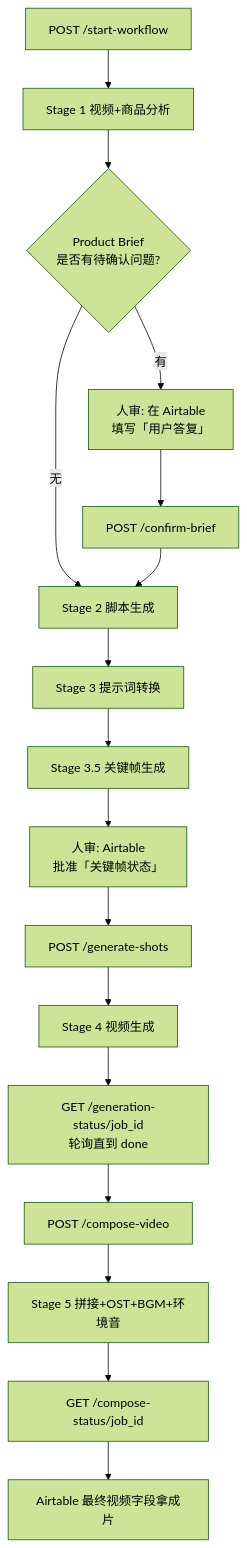
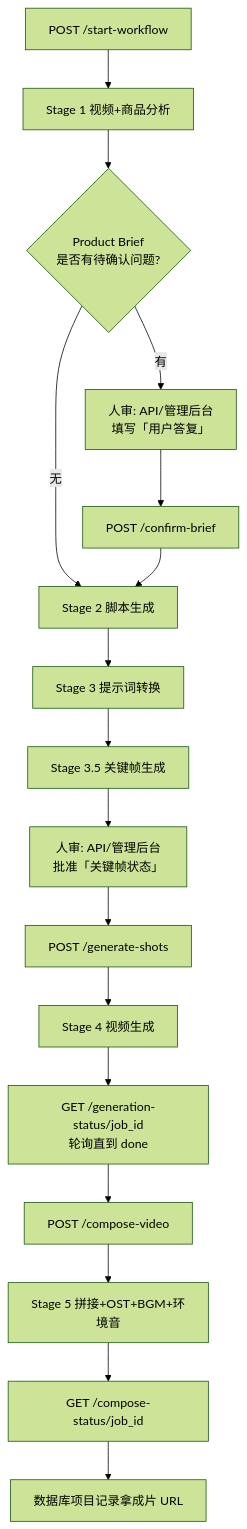
One commit to DRPris/AI-Powered-Semantic-Replication-Video-Workflow-for-E-Commerce changed the diagram in README.md. Above: the diagram before and after it, drawn with Mermaid (forest theme). The commit also changed other lines of this file and 14 other files, not shown here.

````diff
--- a/README.md
+++ b/README.md
@@ -148,19 +155,19 @@
 ```mermaid
 graph TB
     A[POST /start-workflow] --> B[Stage 1 视频+商品分析]
     B --> C{Product Brief<br/>是否有待确认问题?}
-    C -->|有| D[人审: 在 Airtable<br/>填写「用户答复」]
+    C -->|有| D[人审: API/管理后台<br/>填写「用户答复」]
     D --> E[POST /confirm-brief]
     C -->|无| F[Stage 2 脚本生成]
     E --> F
     F --> G[Stage 3 提示词转换]
     G --> H[Stage 3.5 关键帧生成]
-    H --> I[人审: Airtable<br/>批准「关键帧状态」]
+    H --> I[人审: API/管理后台<br/>批准「关键帧状态」]
     I --> J[POST /generate-shots]
     J --> K[Stage 4 视频生成]
     K --> L[GET /generation-status/job_id<br/>轮询直到 done]
     L --> M[POST /compose-video]
     M --> N[Stage 5 拼接+OST+BGM+环境音]
     N --> O[GET /compose-status/job_id]
-    O --> P[Airtable 最终视频字段拿成片]
+    O --> P[数据库项目记录拿成片 URL]
 ```
````
